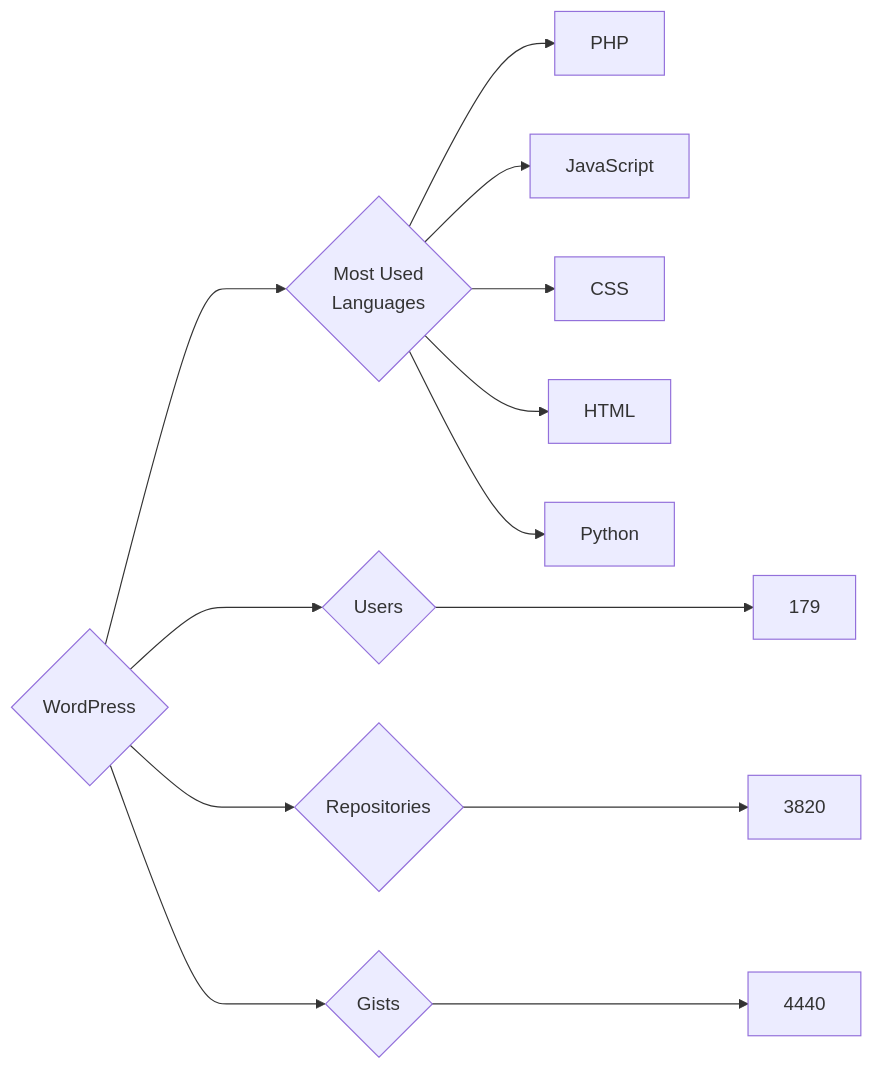
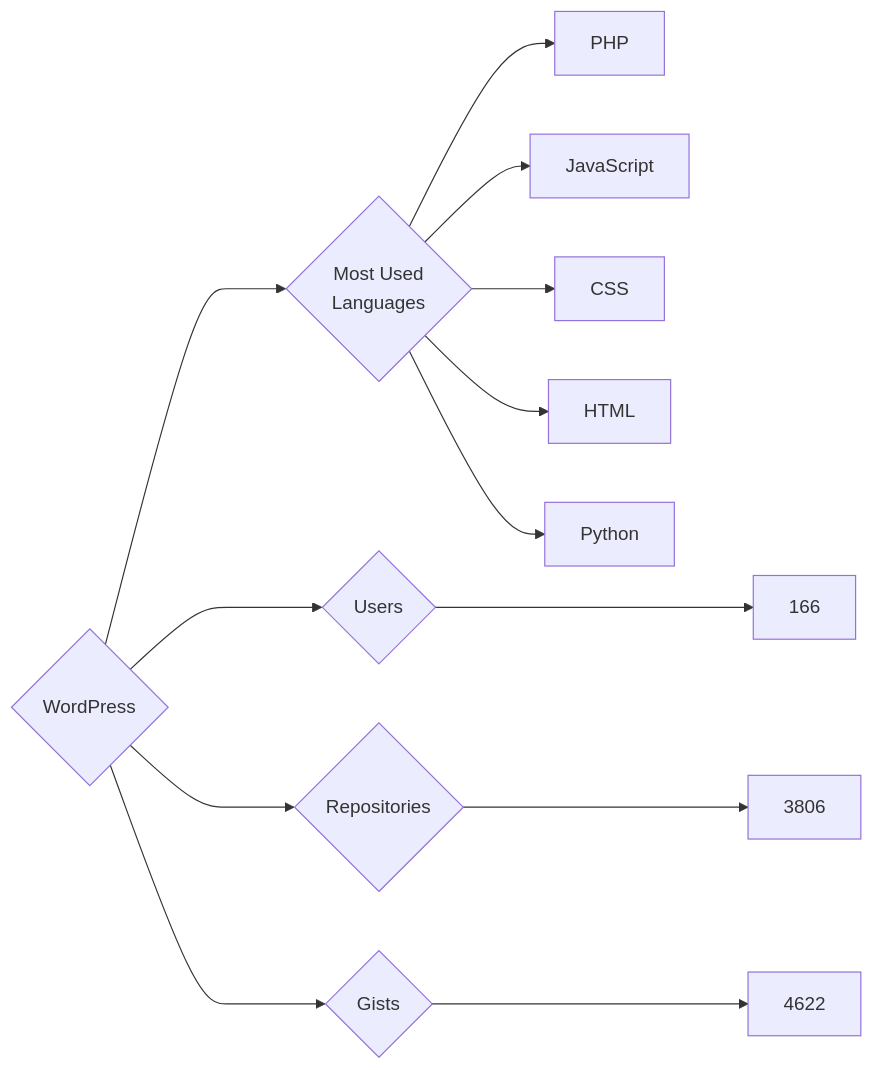
One commit to trickest/insiders changed the diagram in targets/WordPress/README.md. Above: the diagram before and after it, drawn with Mermaid. The commit also changed 948 other files, not shown here.

````diff
--- a/targets/WordPress/README.md
+++ b/targets/WordPress/README.md
@@ -3,13 +3,13 @@
 ```mermaid
 graph LR
 COMPANY_NAME{WordPress}
-COMPANY_NAME ---> U{Users} ---> UN[179]
-COMPANY_NAME ---> R{Repositories} ---> RN[3820]
-COMPANY_NAME ---> G{Gists} ---> GN[4440]
+COMPANY_NAME ---> U{Users} ---> UN[166]
+COMPANY_NAME ---> R{Repositories} ---> RN[3806]
+COMPANY_NAME ---> G{Gists} ---> GN[4622]
 COMPANY_NAME ---> ML{Most Used<br>Languages}
 ML --> PHP[PHP]
 ML --> JavaScript[JavaScript]
 ML --> CSS[CSS]
 ML --> HTML[HTML]
 ML --> Python[Python]
 ```
````
